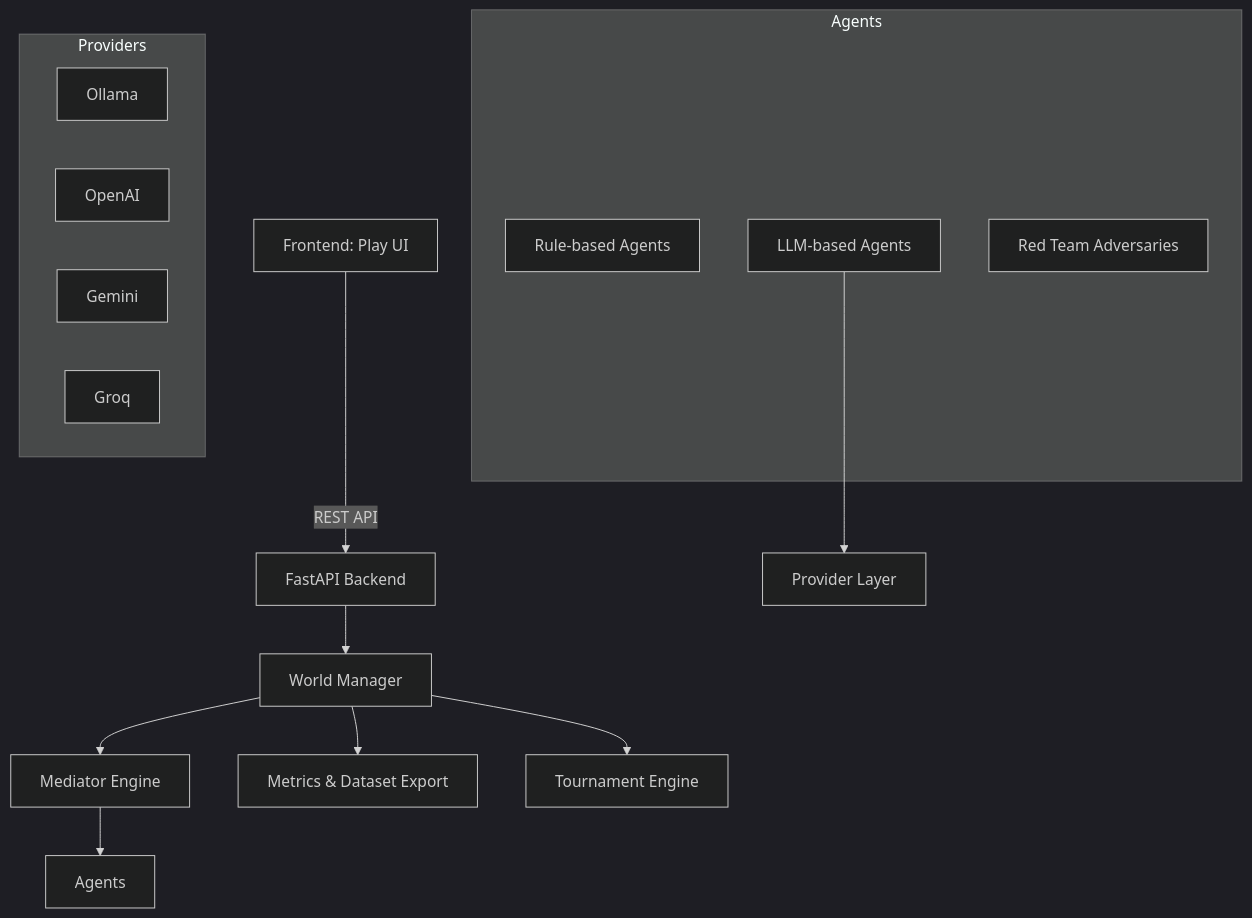
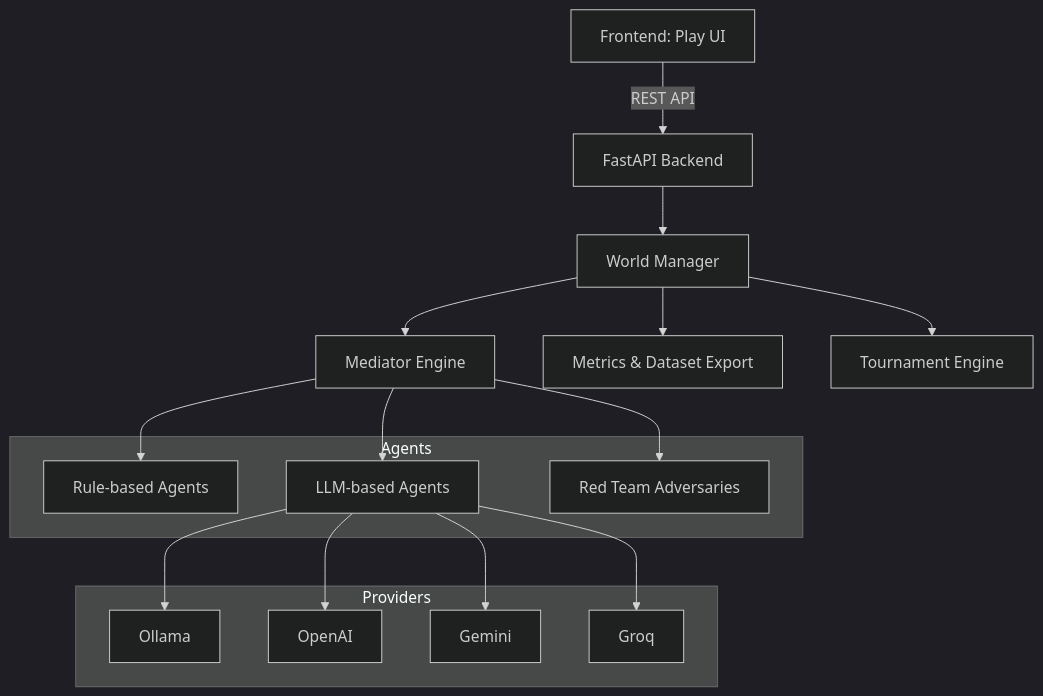
The diagram in README.md (Bihela/agent-sandbox), drawn with Mermaid (dark theme) before and after one commit.

Commit message:
fix(docs): resolve mermaid diagram rendering error due to node-subgraph naming collision

````diff
--- a/README.md
+++ b/README.md
@@ -18,25 +18,31 @@
 ```mermaid
 graph TD
     A[Frontend: Play UI] -->|REST API| B[FastAPI Backend]
     B --> C[World Manager]
     C --> D[Mediator Engine]
-    D --> E[Agents]
     
     subgraph Agents
         E1[Rule-based Agents]
         E2[LLM-based Agents]
         E3[Red Team Adversaries]
     end
     
-    E2 --> F[Provider Layer]
+    D --> E1
+    D --> E2
+    D --> E3
     
     subgraph Providers
         F1[Ollama]
         F2[OpenAI]
         F3[Gemini]
         F4[Groq]
     end
     
+    E2 --> F1
+    E2 --> F2
+    E2 --> F3
+    E2 --> F4
+    
     C --> G[Metrics & Dataset Export]
     C --> H[Tournament Engine]
 ```
````
